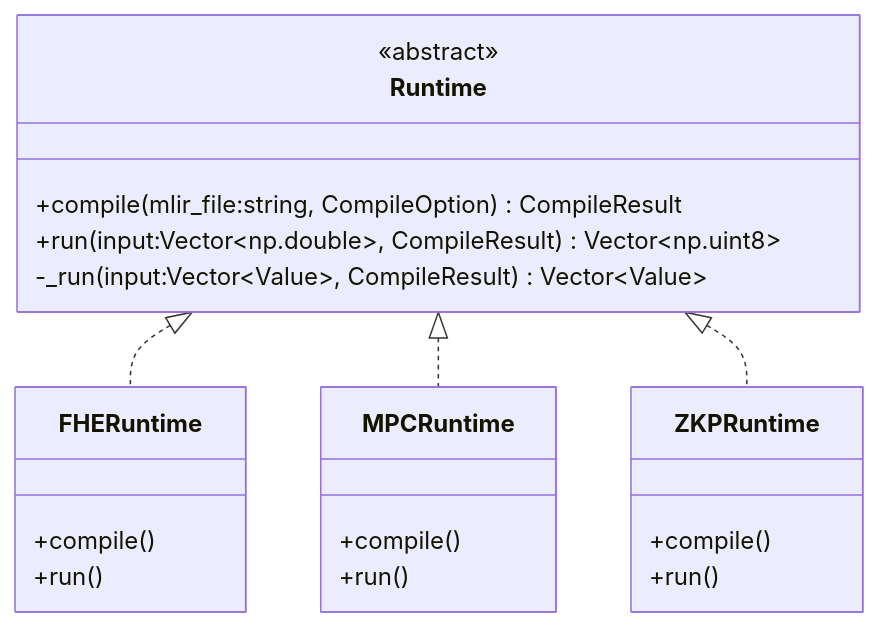
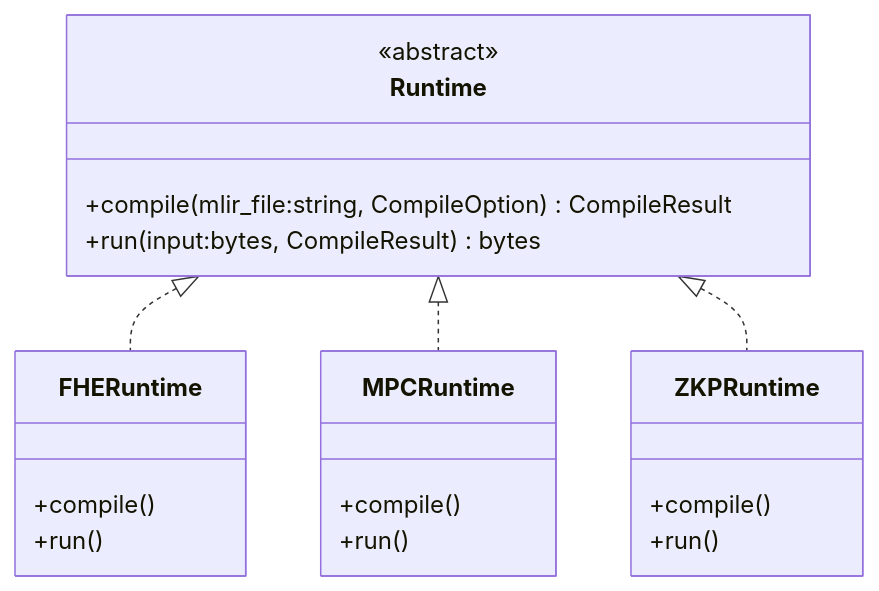
One commit to primus-labs/Aegis changed the seventh of 7 diagrams in docs/design/binding.md. Above: the diagram before and after it, drawn with Mermaid. The commit also changed other lines of this file, not shown here.

````diff
--- a/docs/design/binding.md
+++ b/docs/design/binding.md
@@ -230,25 +231,24 @@
 ```mermaid {align="center"}
 classDiagram
   class Runtime {
     <<abstract>>
     +compile(mlir_file:string, CompileOption) CompileResult
-    +run(input:Vector~np.double~, CompileResult) Vector~np.uint8~
-    -_run(input:Vector~Value~, CompileResult) Vector~Value~
+    +run(input:bytes, CompileResult) bytes
   }
 
   Runtime <|.. FHERuntime
   class FHERuntime {
     +compile()
     +run()
   }
   Runtime <|.. MPCRuntime
   class MPCRuntime {
     +compile()
     +run()
   }
   Runtime <|.. ZKPRuntime
   class ZKPRuntime {
     +compile()
     +run()
   }
 ```
````
